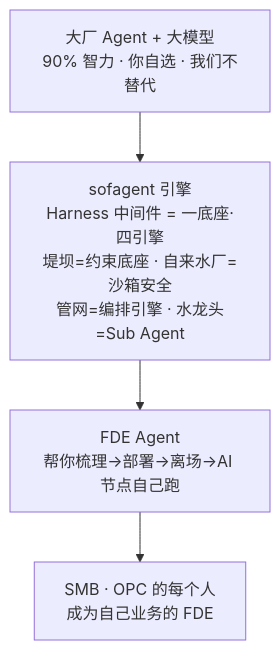
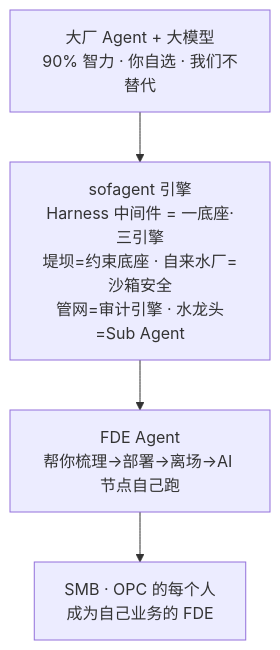
One commit to KongFangXun/sofagent changed the first of 6 diagrams in docs/ARCHITECTURE.md. Above: the diagram before and after it, drawn with Mermaid. The commit also changed other lines of this file and 28 other files, not shown here.

First line of the commit message:
refactor(docs): 四引擎→三引擎——砍编排引擎，FORGE LOOP 降调为内部工具

````diff
--- a/docs/ARCHITECTURE.md
+++ b/docs/ARCHITECTURE.md
@@ -12,6 +12,6 @@
 ```mermaid
 graph TD
-    A[大厂 Agent + 大模型<br/>90% 智力 · 你自选 · 我们不替代] --> B[sofagent 引擎<br/>Harness 中间件 = 一底座·四引擎<br/>堤坝=约束底座 · 自来水厂=沙箱安全<br/>管网=编排引擎 · 水龙头=Sub Agent]
+    A[大厂 Agent + 大模型<br/>90% 智力 · 你自选 · 我们不替代] --> B[sofagent 引擎<br/>Harness 中间件 = 一底座·三引擎<br/>堤坝=约束底座 · 自来水厂=沙箱安全<br/>管网=审计引擎 · 水龙头=Sub Agent]
     B --> C[FDE Agent<br/>帮你梳理→部署→离场→AI 节点自己跑]
     C --> D[SMB · OPC 的每个人<br/>成为自己业务的 FDE]
 ```
````
